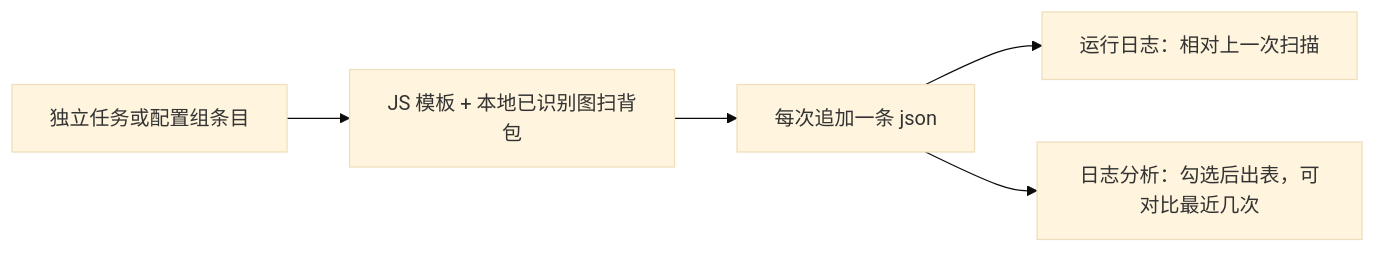
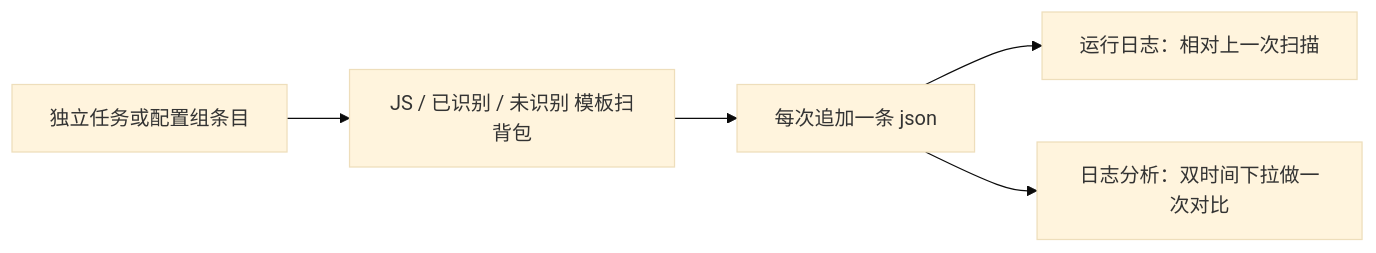
One commit to babalae/better-genshin-impact changed the diagram in Docs/design/inventory-material-stats.md. Above: the diagram before and after it, drawn with Mermaid (base theme). The commit also changed other lines of this file and 3 other files, not shown here.

````diff
--- a/Docs/design/inventory-material-stats.md
+++ b/Docs/design/inventory-material-stats.md
@@ -11,7 +11,7 @@
 ```mermaid
 flowchart LR
-    A[独立任务或配置组条目] --> B[JS 模板 + 本地已识别图扫背包]
+    A[独立任务或配置组条目] --> B[JS / 已识别 / 未识别 模板扫背包]
     B --> C[每次追加一条 json]
     C --> D[运行日志：相对上一次扫描]
-    C --> E[日志分析：勾选后出表，可对比最近几次]
+    C --> E[日志分析：双时间下拉做一次对比]
 ```
````
